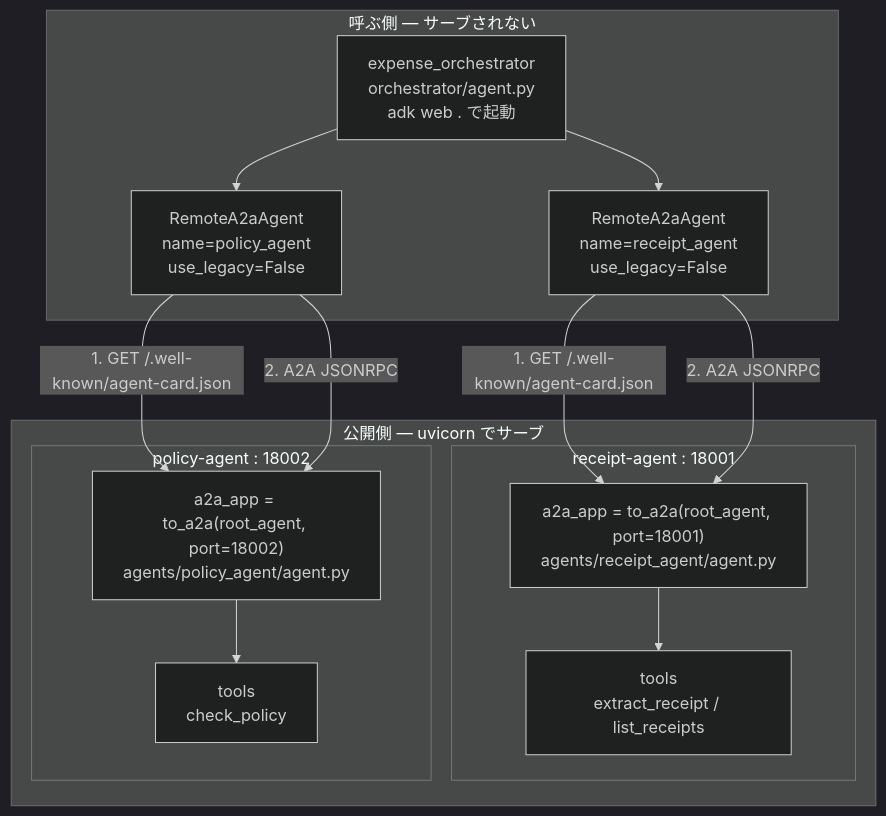
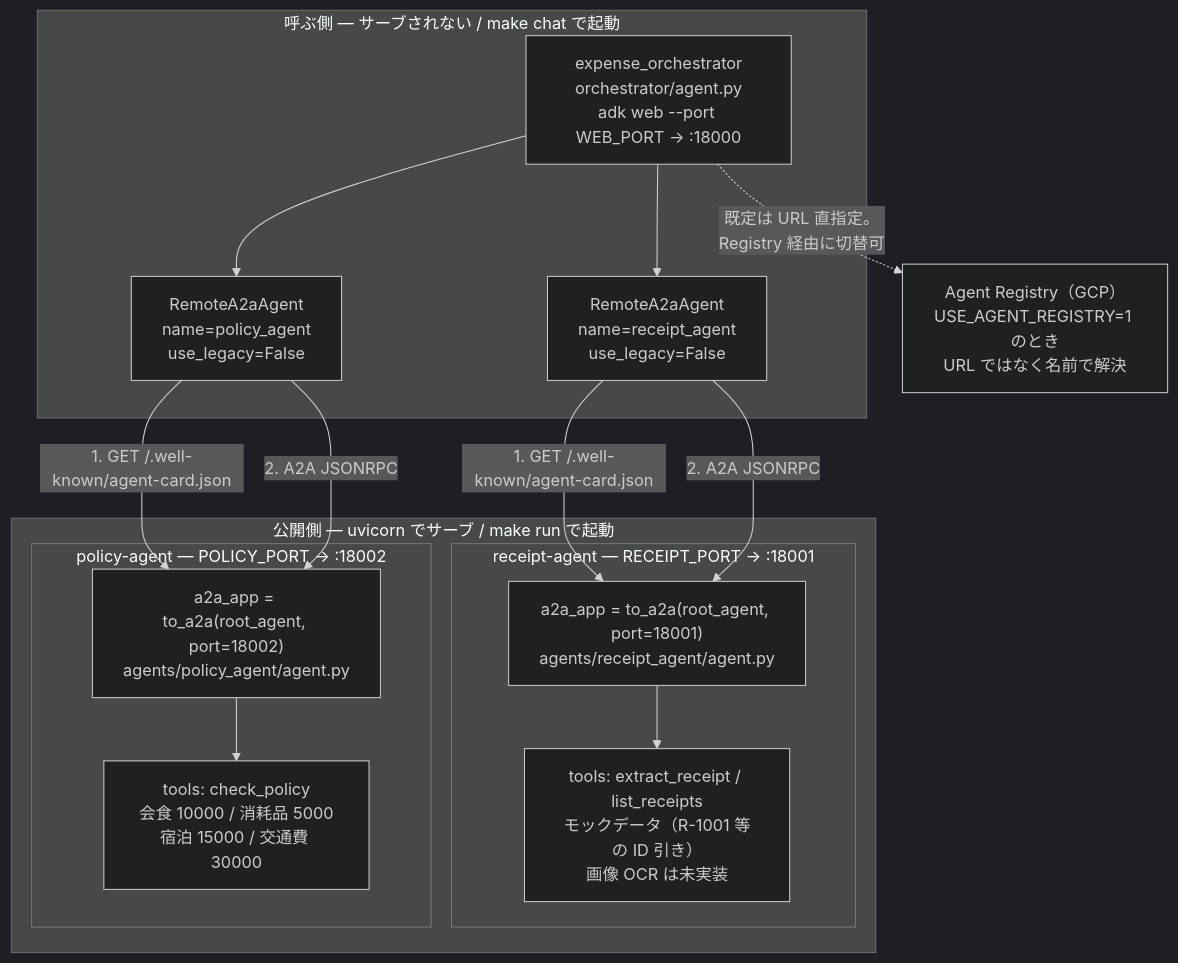
One commit to shin5ok/adk-agent-governance-sample changed the first of 5 diagrams in README.md. Above: the diagram before and after it, drawn with Mermaid (dark theme). The commit also changed other lines of this file and 2 other files, not shown here.

First line of the commit message:
fix: adk web を :18000 に退避し、起動前にポートを検査する

````diff
--- a/README.md
+++ b/README.md
@@ -9,26 +9,29 @@
 ```mermaid
 flowchart TB
-    subgraph caller["呼ぶ側 — サーブされない"]
-        ORCH["expense_orchestrator<br/>orchestrator/agent.py<br/>adk web . で起動"]
+    subgraph caller["呼ぶ側 — サーブされない / make chat で起動"]
+        ORCH["expense_orchestrator<br/>orchestrator/agent.py<br/>adk web --port WEB_PORT → :18000"]
         RA1["RemoteA2aAgent<br/>name=receipt_agent<br/>use_legacy=False"]
         RA2["RemoteA2aAgent<br/>name=policy_agent<br/>use_legacy=False"]
         ORCH --> RA1
         ORCH --> RA2
     end
-    subgraph served["公開側 — uvicorn でサーブ"]
-        subgraph S1["receipt-agent : 18001"]
+    subgraph served["公開側 — uvicorn でサーブ / make run で起動"]
+        subgraph S1["receipt-agent — RECEIPT_PORT → :18001"]
             APP1["a2a_app = to_a2a(root_agent, port=18001)<br/>agents/receipt_agent/agent.py"]
-            T1["tools<br/>extract_receipt / list_receipts"]
+            T1["tools: extract_receipt / list_receipts<br/>モックデータ（R-1001 等の ID 引き）<br/>画像 OCR は未実装"]
             APP1 --> T1
         end
-        subgraph S2["policy-agent : 18002"]
+        subgraph S2["policy-agent — POLICY_PORT → :18002"]
             APP2["a2a_app = to_a2a(root_agent, port=18002)<br/>agents/policy_agent/agent.py"]
-            T2["tools<br/>check_policy"]
+            T2["tools: check_policy<br/>会食 10000 / 消耗品 5000<br/>宿泊 15000 / 交通費 30000"]
             APP2 --> T2
         end
     end
+    REG["Agent Registry（GCP）<br/>USE_AGENT_REGISTRY=1 のとき<br/>URL ではなく名前で解決"]
+
     RA1 -->|"1. GET /.well-known/agent-card.json"| APP1
     RA1 -->|"2. A2A JSONRPC"| APP1
     RA2 -->|"1. GET /.well-known/agent-card.json"| APP2
     RA2 -->|"2. A2A JSONRPC"| APP2
+    ORCH -.->|"既定は URL 直指定。<br/>Registry 経由に切替可"| REG
 ```
````
